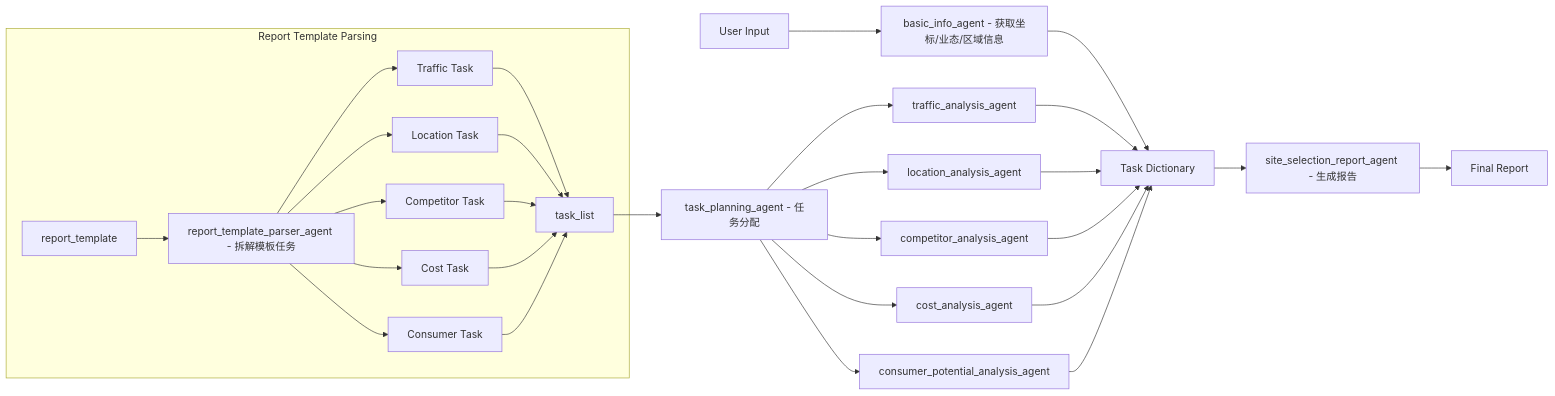
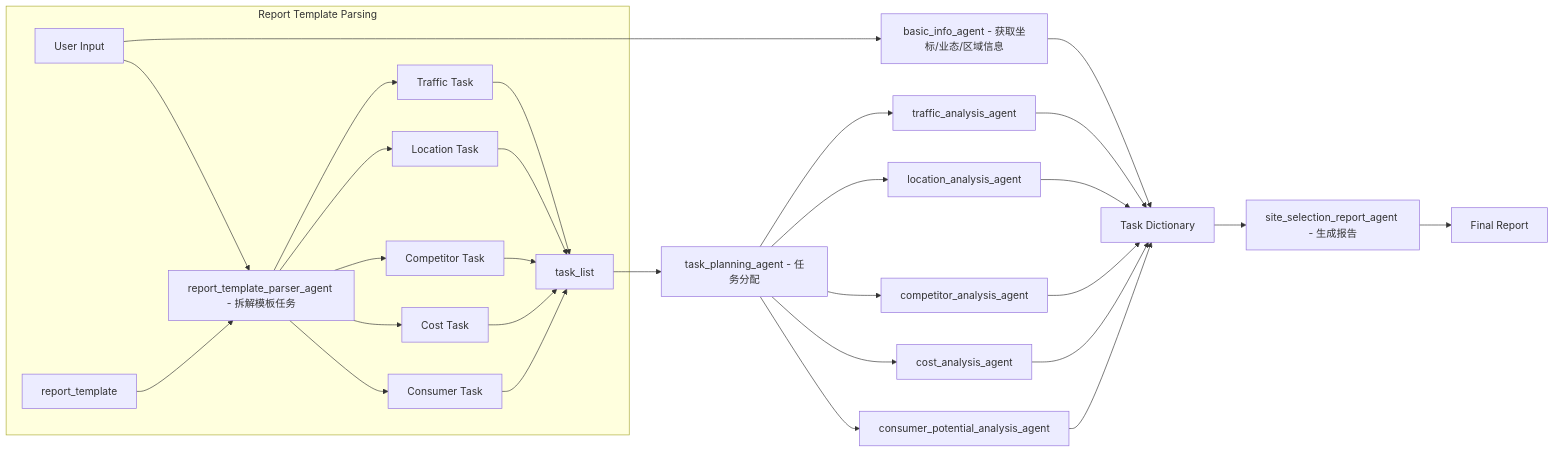
One commit to SLYASINLK/auto_report_generation changed the diagram in README.md. Above: the diagram before and after it, drawn with Mermaid.

````diff
--- a/README.md
+++ b/README.md
@@ -12,36 +12,37 @@
 ```mermaid
 graph LR
     A[User Input] --> B[basic_info_agent - 获取坐标/业态/区域信息]
     B --> C[Task Dictionary]
 
     subgraph Report Template Parsing
         D1[report_template] --> D2[report_template_parser_agent - 拆解模板任务]
+        A --> D2
         D2 --> E1[Traffic Task]
         D2 --> E2[Location Task]
         D2 --> E3[Competitor Task]
         D2 --> E4[Cost Task]
         D2 --> E5[Consumer Task]
         E1 --> E6[task_list]
         E2 --> E6
         E3 --> E6
         E4 --> E6
         E5 --> E6
     end
 
     E6 --> F[task_planning_agent - 任务分配]
 
     F --> G1[traffic_analysis_agent]
     F --> G2[location_analysis_agent]
     F --> G3[competitor_analysis_agent]
     F --> G4[cost_analysis_agent]
     F --> G5[consumer_potential_analysis_agent]
 
     G1 --> C
     G2 --> C
     G3 --> C
     G4 --> C
     G5 --> C
 
     C --> H[site_selection_report_agent - 生成报告]
     H --> I[Final Report]
 ```
````
